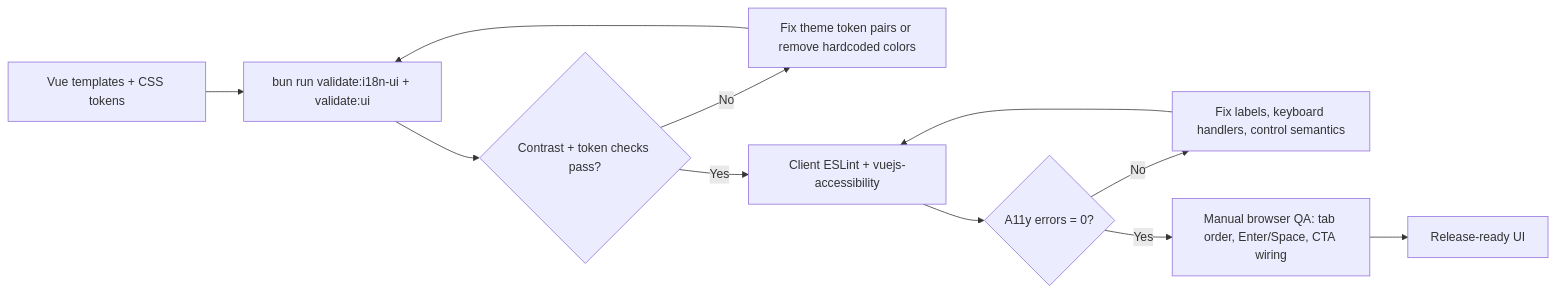
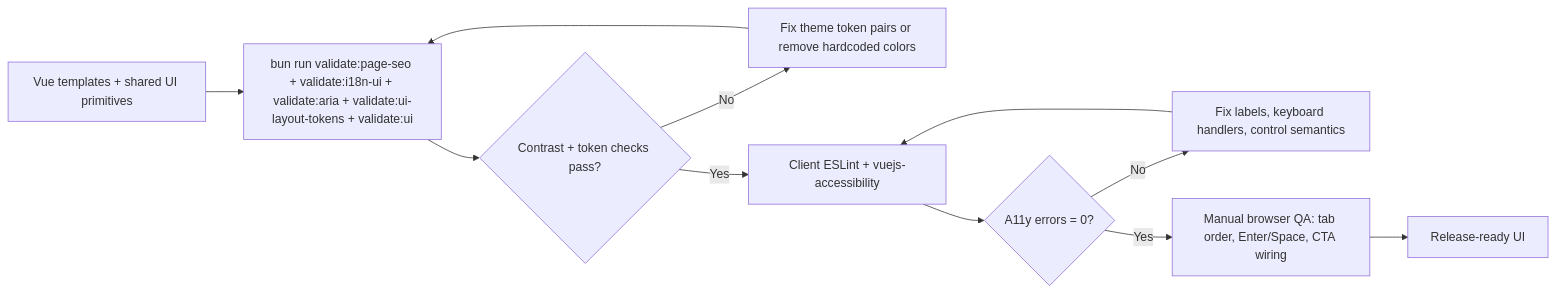
The second of 2 diagrams in README.md (d4551/baobuildbuddy), drawn with Mermaid before and after one commit. The commit also changed other lines of this file and 69 other files, not shown here.

First line of the commit message:
Add UI layout primitives, modal, and validations

````diff
--- a/README.md
+++ b/README.md
@@ -1141,13 +1158,13 @@
 ```mermaid
 flowchart LR
-  Templates["Vue templates + CSS tokens"] --> UIValidate["bun run validate:i18n-ui + validate:ui"]
+  Templates["Vue templates + shared UI primitives"] --> UIValidate["bun run validate:page-seo + validate:i18n-ui + validate:aria + validate:ui-layout-tokens + validate:ui"]
   UIValidate --> UIState{"Contrast + token checks pass?"}
   UIState -->|No| UIFixes["Fix theme token pairs or remove hardcoded colors"]
   UIFixes --> UIValidate
   UIState -->|Yes| A11yLint["Client ESLint + vuejs-accessibility"]
   A11yLint --> LintState{"A11y errors = 0?"}
   LintState -->|No| Fixes["Fix labels, keyboard handlers, control semantics"]
   Fixes --> A11yLint
   LintState -->|Yes| BrowserQA["Manual browser QA: tab order, Enter/Space, CTA wiring"]
   BrowserQA --> Ready["Release-ready UI"]
 ```
````
